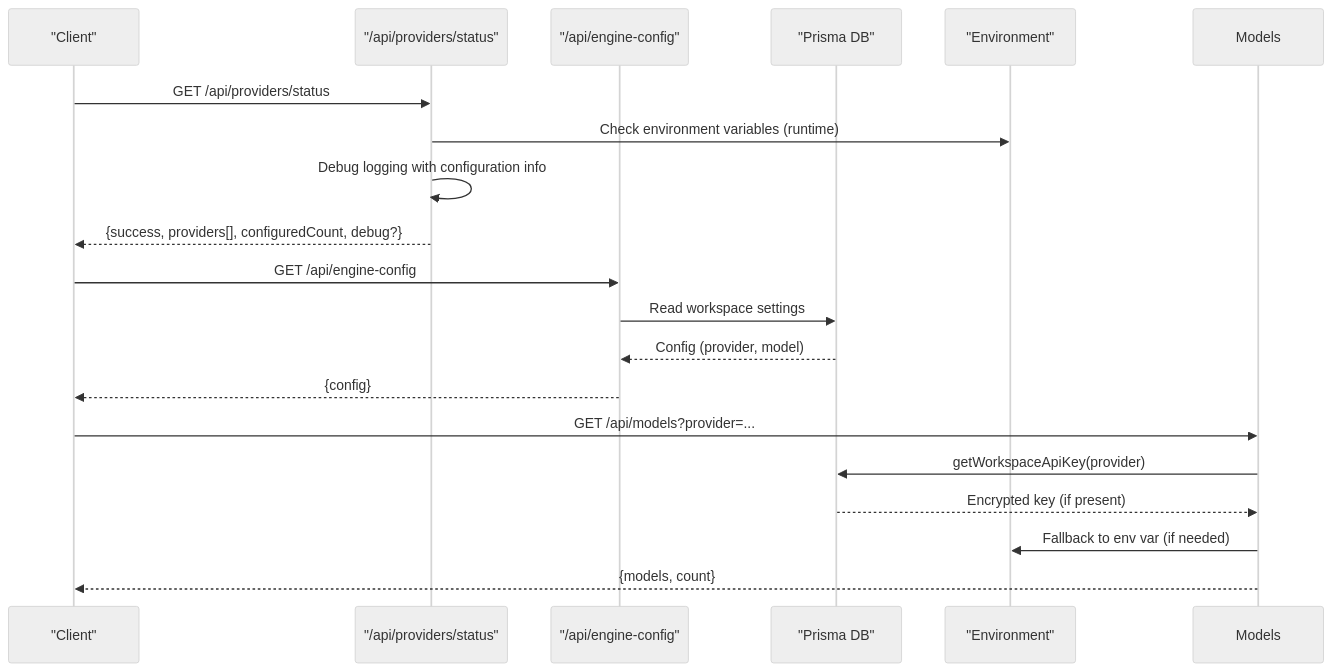
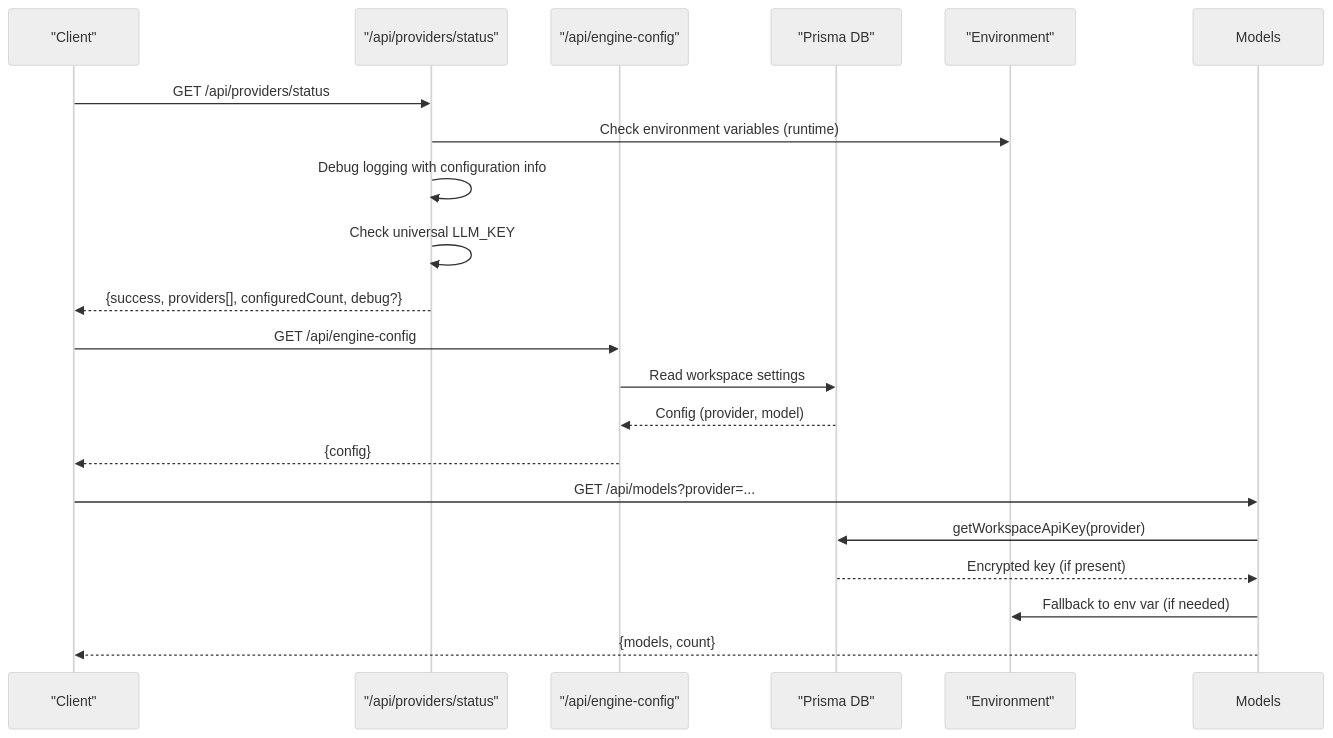
Before and after one commit to shekhargiri005-dotcom/AI-powered-accessibility-first-UI-engine: the second of 9 diagrams in .qoder/repowiki/en/content/API Reference/Utility APIs.md, drawn with Mermaid (neutral theme). The commit also changed other lines of this file and 8 other files, not shown here.

````diff
--- a/.qoder/repowiki/en/content/API Reference/Utility APIs.md
+++ b/.qoder/repowiki/en/content/API Reference/Utility APIs.md
@@ -142,21 +144,22 @@
 ```mermaid
 sequenceDiagram
 participant Client as "Client"
 participant Providers as "/api/providers/status"
 participant Engine as "/api/engine-config"
 participant DB as "Prisma DB"
 participant Env as "Environment"
 Client->>Providers : GET /api/providers/status
 Providers->>Env : Check environment variables (runtime)
 Providers->>Providers : Debug logging with configuration info
+Providers->>Providers : Check universal LLM_KEY
 Providers-->>Client : {success, providers[], configuredCount, debug?}
 Client->>Engine : GET /api/engine-config
 Engine->>DB : Read workspace settings
 DB-->>Engine : Config (provider, model)
 Engine-->>Client : {config}
 Client->>Models : GET /api/models?provider=...
 Models->>DB : getWorkspaceApiKey(provider)
 DB-->>Models : Encrypted key (if present)
 Models->>Env : Fallback to env var (if needed)
 Models-->>Client : {models, count}
 ```
````
